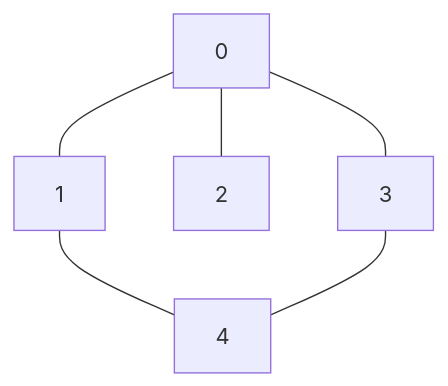
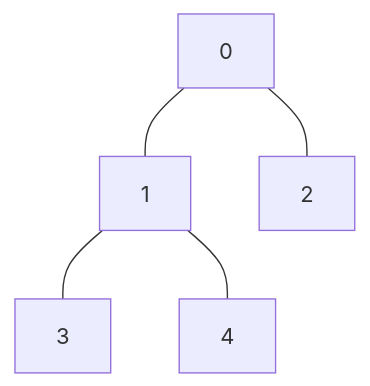
One commit to eliasmarcon/distriputed_breadth_first_search changed the fourth of 4 diagrams in README.md. Above: the diagram before and after it, drawn with Mermaid. The commit also changed other lines of this file and 11 other files, not shown here.

````diff
--- a/README.md
+++ b/README.md
@@ -103,8 +149,7 @@
 ```mermaid
-graph TD
+graph TB
     0 --- 1
     0 --- 2
-    0 --- 3
+    1 --- 3
     1 --- 4
-    3 --- 4
 ```
````
